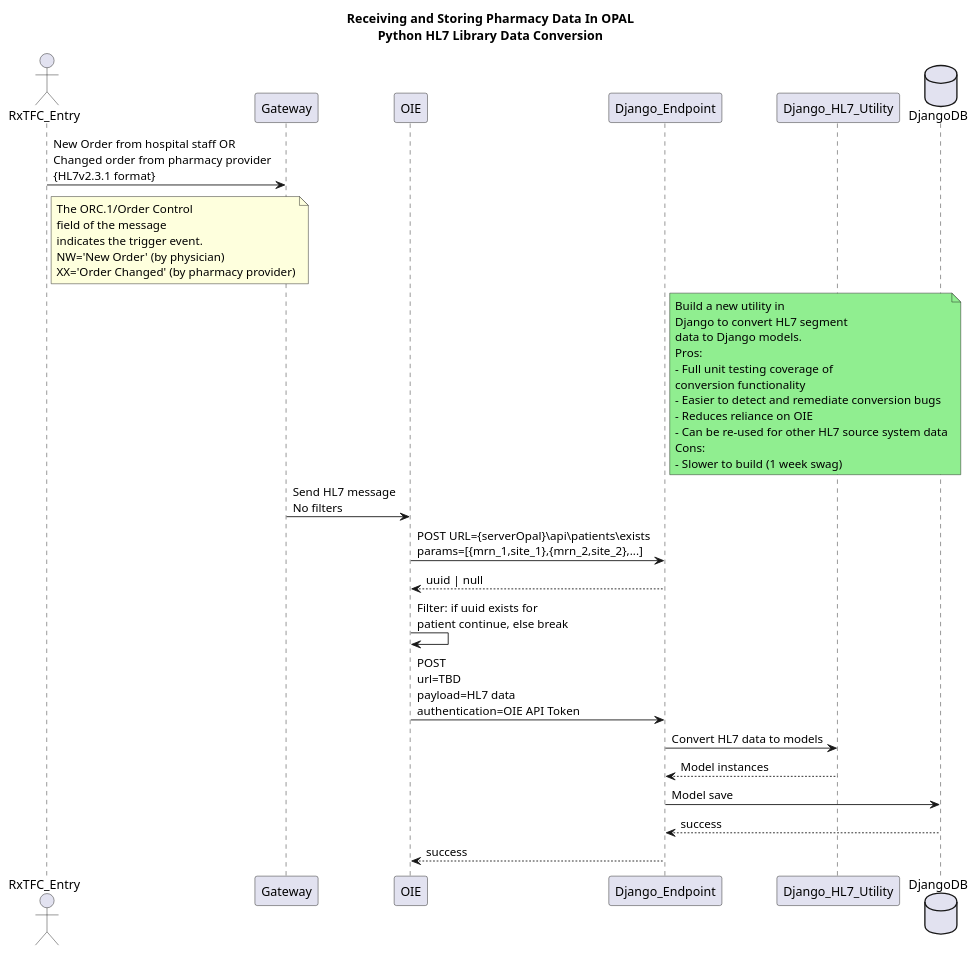
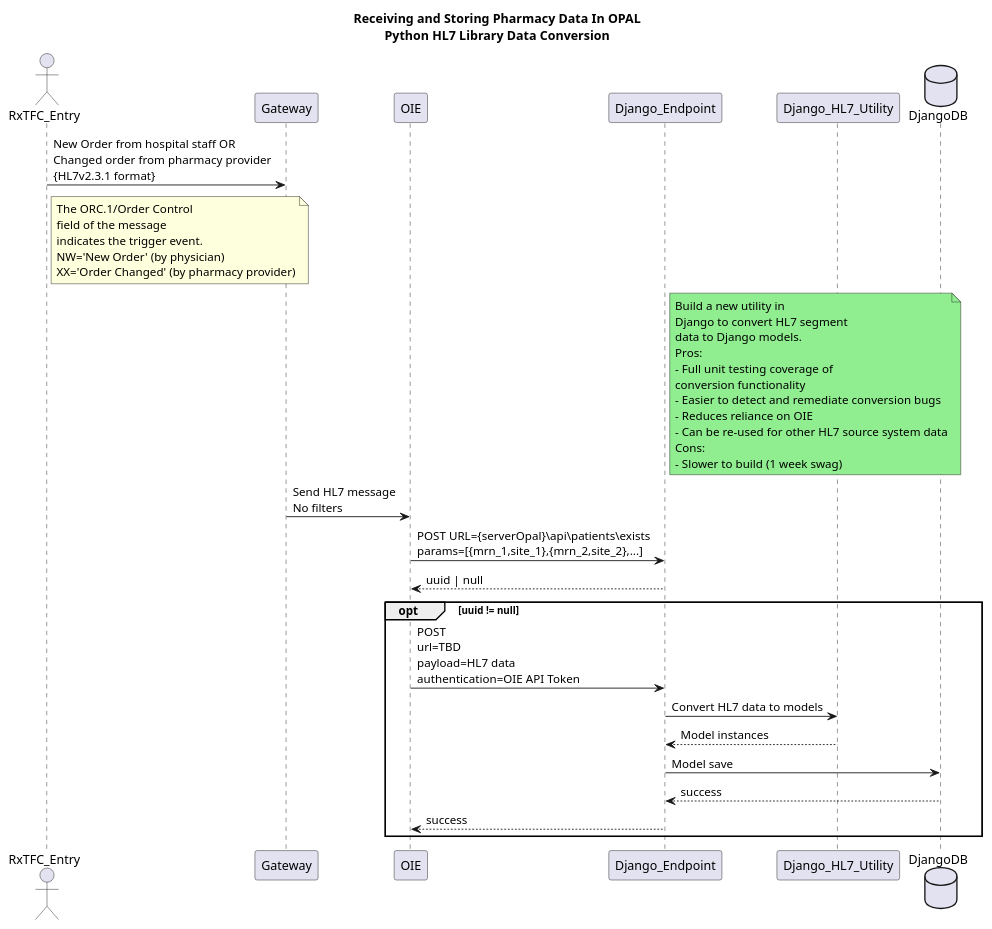
One commit to opalmedapps/docs changed the diagram in docs/architecture/diagrams/pharmacy/gateway_data_sequence.puml. Above: the diagram before and after it, drawn with PlantUML.

Commit message:
add opt block

```diff
--- a/docs/architecture/diagrams/pharmacy/gateway_data_sequence.puml
+++ b/docs/architecture/diagrams/pharmacy/gateway_data_sequence.puml
@@ -1,43 +1,43 @@
 @startuml name End to End Pharmacy Data
 title Receiving and Storing Pharmacy Data In OPAL\nPython HL7 Library Data Conversion
 
 actor RxTFC_Entry as rxtfc
 participant Gateway as gateway
 participant OIE as oie
 participant Django_Endpoint as django
 participant Django_HL7_Utility as hl7_util
 database DjangoDB as db
 
 rxtfc -> gateway : New Order from hospital staff OR\nChanged order from pharmacy provider\n{HL7v2.3.1 format}
 note right of rxtfc
 The ORC.1/Order Control
 field of the message
 indicates the trigger event.
 NW='New Order' (by physician)
 XX='Order Changed' (by pharmacy provider)
 end note
 note right of django #LightGreen
 Build a new utility in
 Django to convert HL7 segment
 data to Django models.
 Pros:
 - Full unit testing coverage of
 conversion functionality
 - Easier to detect and remediate conversion bugs
 - Reduces reliance on OIE
 - Can be re-used for other HL7 source system data
 Cons:
 - Slower to build (1 week swag)
 end note
 gateway -> oie : Send HL7 message\nNo filters
 oie -> django: POST URL={serverOpal}\api\patients\exists\nparams=[{mrn_1,site_1},{mrn_2,site_2},...]
 django --> oie: uuid | null
-oie -> oie : Filter: if uuid exists for \npatient continue, else break
-oie -> django : POST\nurl=TBD\npayload=HL7 data\nauthentication=OIE API Token
-django -> hl7_util : Convert HL7 data to models
-hl7_util --> django : Model instances
-django -> db : Model save
-db --> django : success
-django --> oie : success
-
+opt uuid != null
+    oie -> django : POST\nurl=TBD\npayload=HL7 data\nauthentication=OIE API Token
+    django -> hl7_util : Convert HL7 data to models
+    hl7_util --> django : Model instances
+    django -> db : Model save
+    db --> django : success
+    django --> oie : success
+end
 @enduml
```
